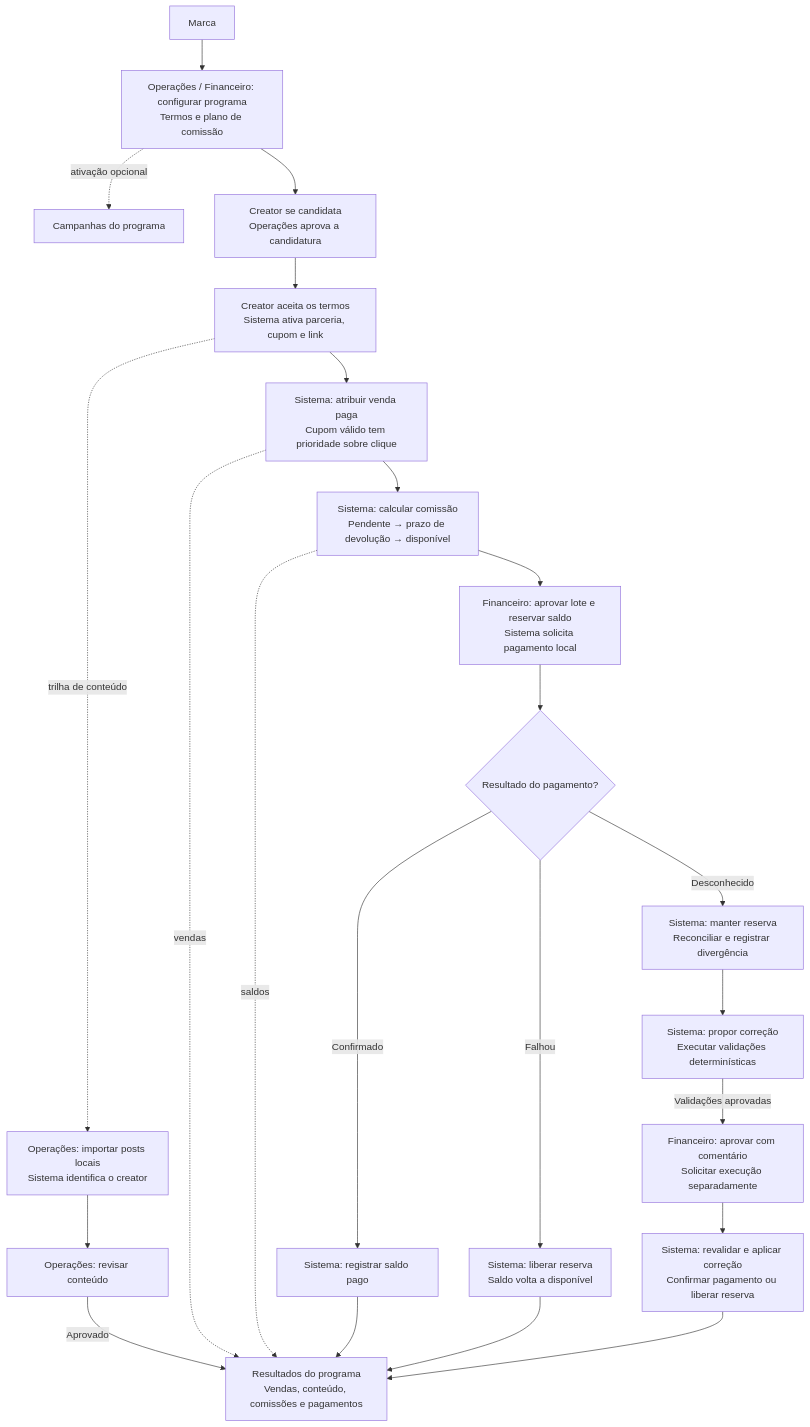
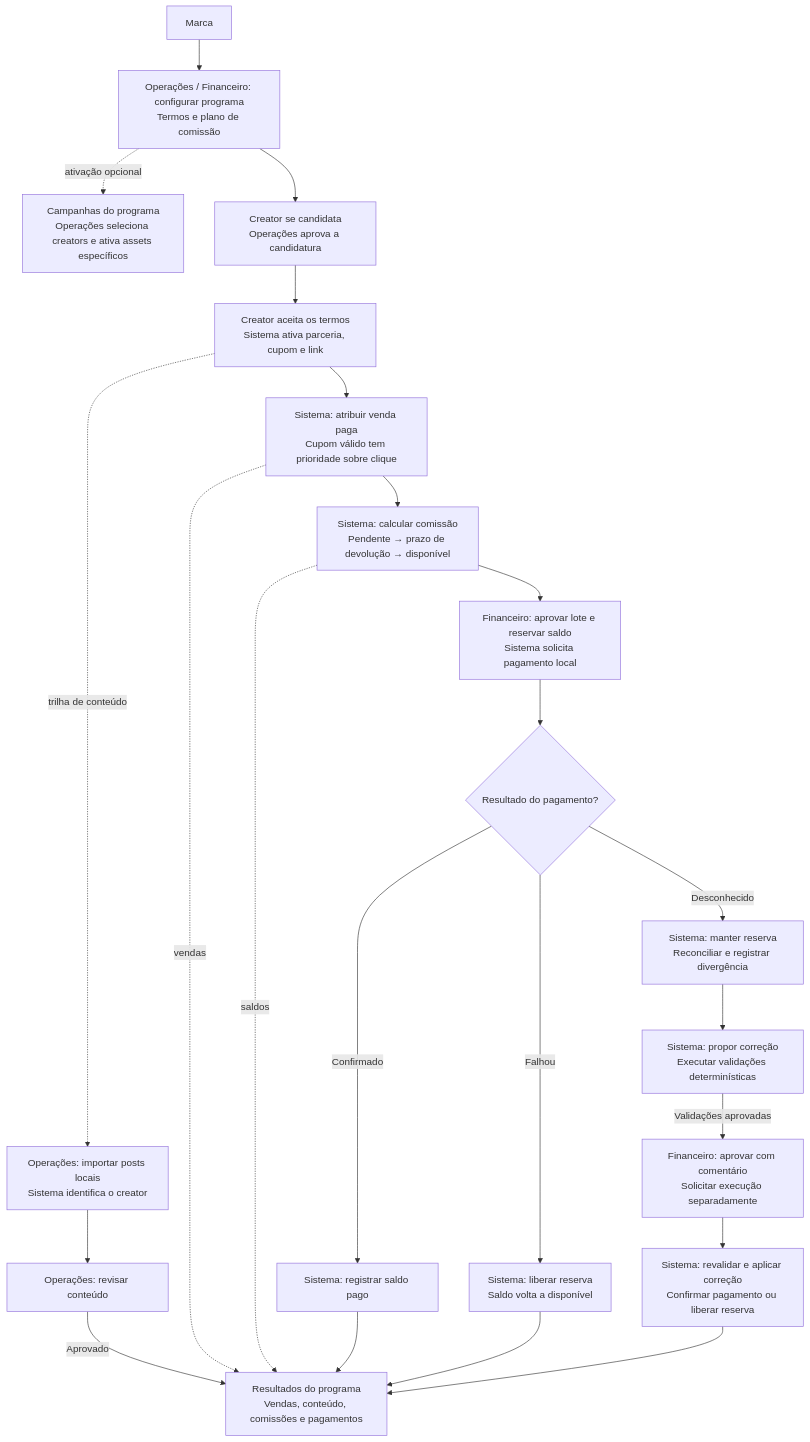
One commit to willdeschepper/CreatorOps-Agentic-Platform changed the first of 2 diagrams in README.md. Above: the diagram before and after it, drawn with Mermaid. The commit also changed other lines of this file and 66 other files, not shown here.

````diff
--- a/README.md
+++ b/README.md
@@ -51,25 +54,25 @@
 ```mermaid
 flowchart TB
     Marca["Marca"] --> Programa["Operações / Financeiro: configurar programa<br/>Termos e plano de comissão"]
-    Programa -. "ativação opcional" .-> Campanha["Campanhas do programa"]
+    Programa -. "ativação opcional" .-> Campanha["Campanhas do programa<br/>Operações seleciona creators e ativa assets específicos"]
     Programa --> Parceria["Creator se candidata<br/>Operações aprova a candidatura"]
     Parceria --> Ativacao["Creator aceita os termos<br/>Sistema ativa parceria, cupom e link"]
     Ativacao --> Venda["Sistema: atribuir venda paga<br/>Cupom válido tem prioridade sobre clique"]
     Venda --> Comissao["Sistema: calcular comissão<br/>Pendente → prazo de devolução → disponível"]
     Comissao --> Pagamento["Financeiro: aprovar lote e reservar saldo<br/>Sistema solicita pagamento local"]
     Pagamento --> Resultado{"Resultado do pagamento?"}
     Resultado -->|Confirmado| Pago["Sistema: registrar saldo pago"]
     Resultado -->|Falhou| Liberado["Sistema: liberar reserva<br/>Saldo volta a disponível"]
     Resultado -->|Desconhecido| Conciliacao["Sistema: manter reserva<br/>Reconciliar e registrar divergência"]
     Conciliacao --> Proposta["Sistema: propor correção<br/>Executar validações determinísticas"]
     Proposta -->|"Validações aprovadas"| Humano["Financeiro: aprovar com comentário<br/>Solicitar execução separadamente"]
     Humano --> Correcao["Sistema: revalidar e aplicar correção<br/>Confirmar pagamento ou liberar reserva"]
     Ativacao -. "trilha de conteúdo" .-> Conteudo["Operações: importar posts locais<br/>Sistema identifica o creator"]
     Conteudo --> Revisao["Operações: revisar conteúdo"]
     Revisao -->|Aprovado| Relatorio["Resultados do programa<br/>Vendas, conteúdo, comissões e pagamentos"]
     Venda -. "vendas" .-> Relatorio
     Comissao -. "saldos" .-> Relatorio
     Pago --> Relatorio
     Liberado --> Relatorio
     Correcao --> Relatorio
 ```
````
